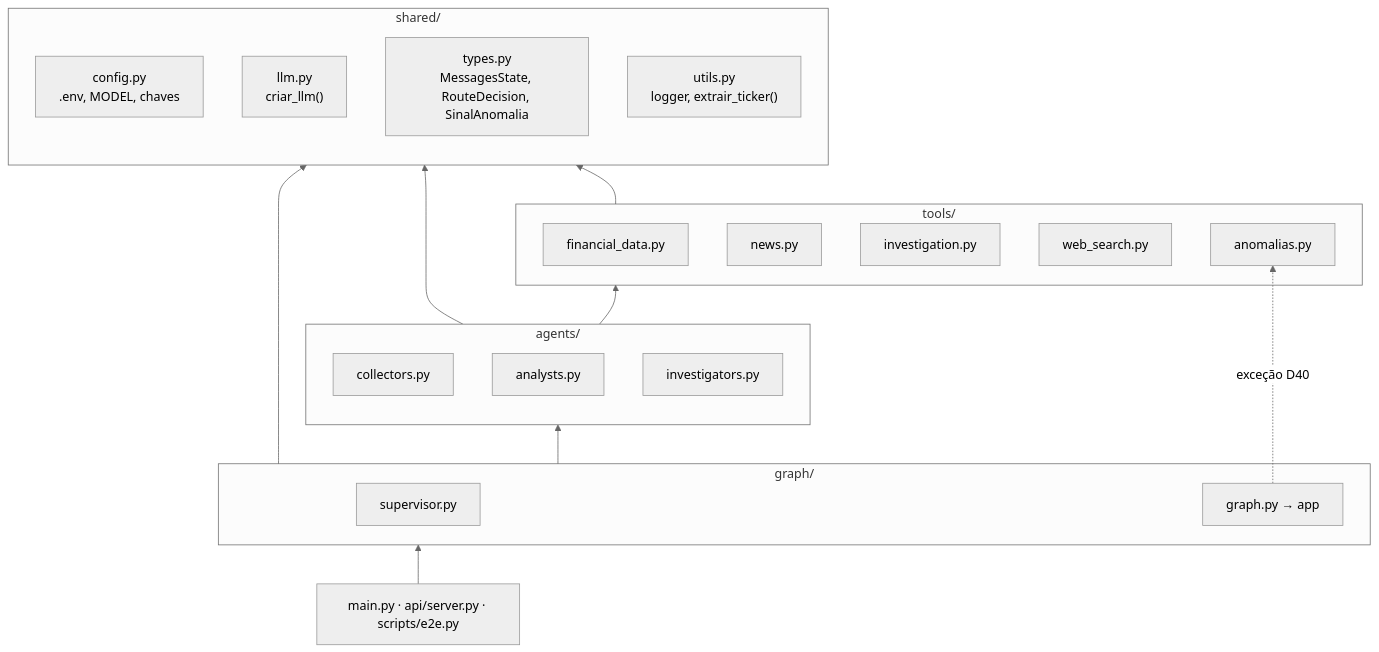
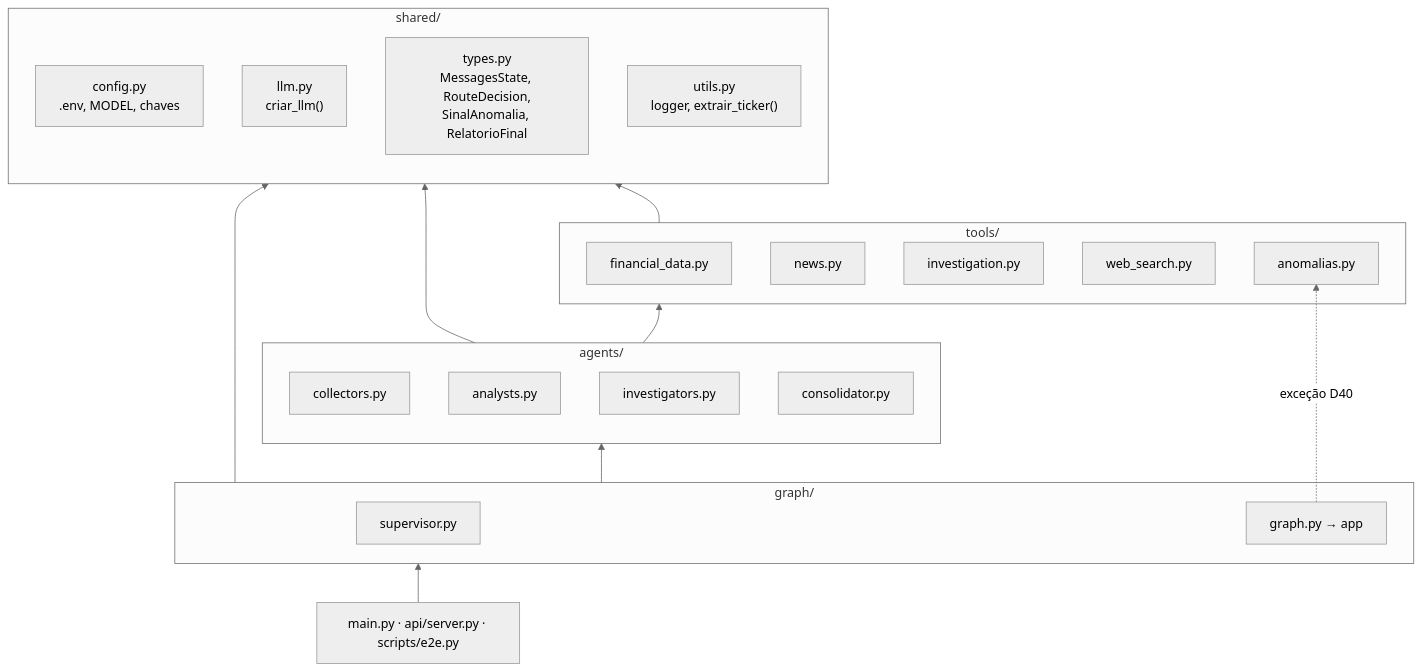
Before and after one commit to igorc22/pipeline-inteligencia-financeira-b3: the fourth of 5 diagrams in docs/arquitetura.md, drawn with Mermaid (neutral theme). The commit also changed other lines of this file and 4 other files, not shown here.

````diff
--- a/docs/arquitetura.md
+++ b/docs/arquitetura.md
@@ -129,38 +138,39 @@
 ```mermaid
 flowchart BT
     subgraph C_SHARED["shared/"]
         CFG["config.py<br/>.env, MODEL, chaves"]
         LLMF["llm.py<br/>criar_llm()"]
-        TYP["types.py<br/>MessagesState, RouteDecision, SinalAnomalia"]
+        TYP["types.py<br/>MessagesState, RouteDecision,<br/>SinalAnomalia, RelatorioFinal"]
         UTL["utils.py<br/>logger, extrair_ticker()"]
     end
 
     subgraph C_TOOLS["tools/"]
         FD["financial_data.py"]
         NW["news.py"]
         INVT["investigation.py"]
         WS["web_search.py"]
         ANO["anomalias.py"]
     end
 
     subgraph C_AGENTS["agents/"]
         COL["collectors.py"]
         ANL["analysts.py"]
         INVA["investigators.py"]
+        CONS["consolidator.py"]
     end
 
     subgraph C_GRAPH["graph/"]
         SUP["supervisor.py"]
         GR["graph.py → app"]
     end
 
     ENTRY["main.py · api/server.py · scripts/e2e.py"]
 
     C_TOOLS --> C_SHARED
     C_AGENTS --> C_TOOLS
     C_AGENTS --> C_SHARED
     C_GRAPH --> C_AGENTS
     C_GRAPH --> C_SHARED
     GR -.->|"exceção D40"| ANO
     ENTRY --> C_GRAPH
 ```
````
